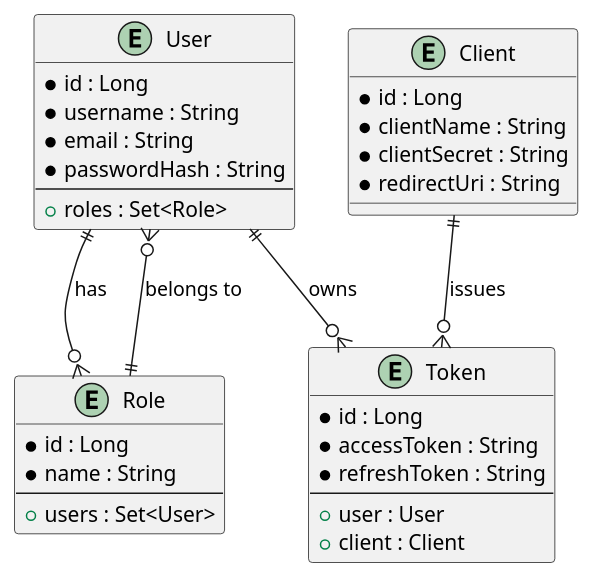
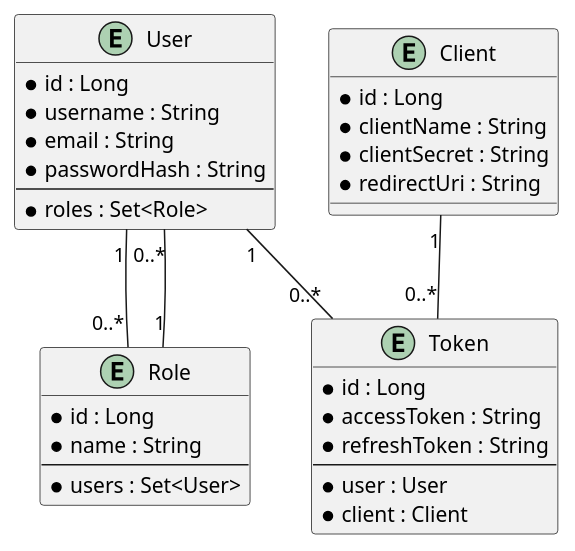
Before and after one commit to shreya-cn/autodev.ai: the fifth of 5 diagrams in identityprovider/documentation/detaileddesign.adoc, drawn with PlantUML. The commit also changed other lines of this file and 3 other files, not shown here.

````diff
--- a/identityprovider/documentation/detaileddesign.adoc
+++ b/identityprovider/documentation/detaileddesign.adoc
@@ -340,41 +392,40 @@
-[plantuml, entity-relationship-diagram, png]
-----
+```plantuml
 @startuml
-entity "User" {
-  *id : Long
-  *username : String
-  *email : String
-  *passwordHash : String
-  --
-  +roles : Set<Role>
+entity User {
+    * id : Long
+    * username : String
+    * email : String
+    * passwordHash : String
+    --
+    * roles : Set<Role>
 }
 
-entity "Role" {
-  *id : Long
-  *name : String
-  --
-  +users : Set<User>
+entity Role {
+    * id : Long
+    * name : String
+    --
+    * users : Set<User>
 }
 
-entity "Client" {
-  *id : Long
-  *clientName : String
-  *clientSecret : String
-  *redirectUri : String
+entity Client {
+    * id : Long
+    * clientName : String
+    * clientSecret : String
+    * redirectUri : String
 }
 
-entity "Token" {
-  *id : Long
-  *accessToken : String
-  *refreshToken : String
-  --
-  +user : User
-  +client : Client
+entity Token {
+    * id : Long
+    * accessToken : String
+    * refreshToken : String
+    --
+    * user : User
+    * client : Client
 }
 
-User ||--o{ Role : has
-Role ||--o{ User : belongs to
-User ||--o{ Token : owns
-Client ||--o{ Token : issues
+User "1" -- "0..*" Role
+Role "1" -- "0..*" User
+User "1" -- "0..*" Token
+Client "1" -- "0..*" Token
 @enduml
-----
+```
````
